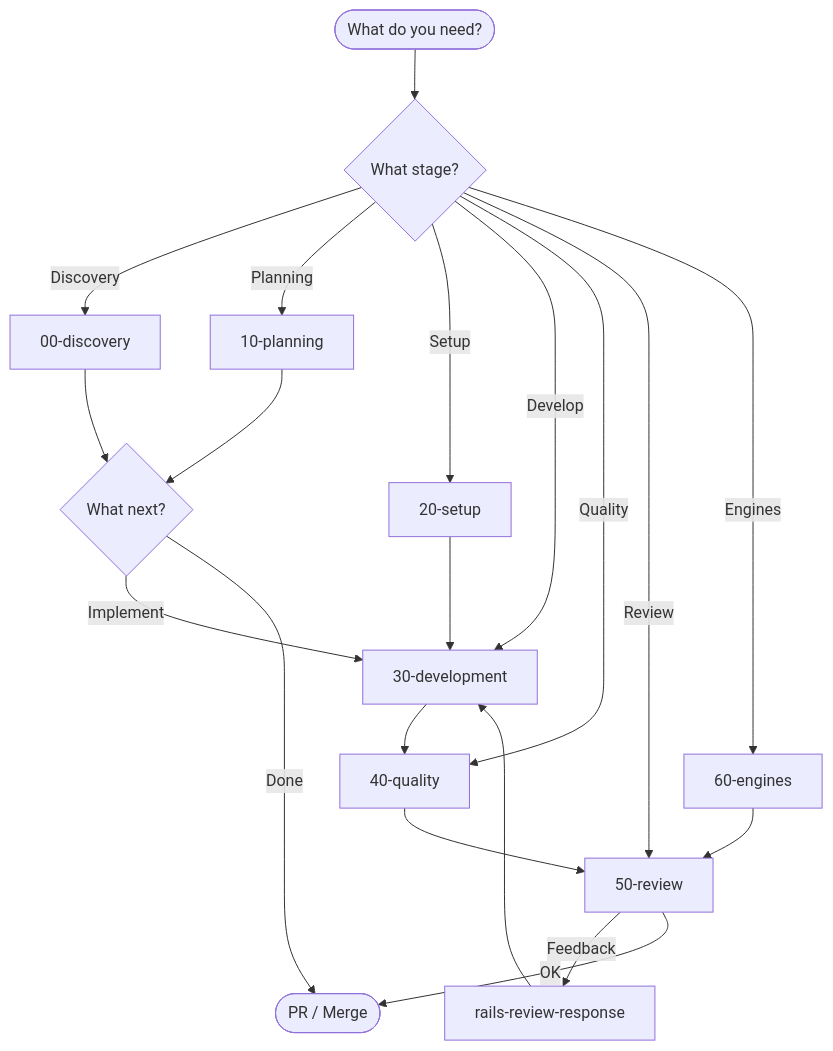
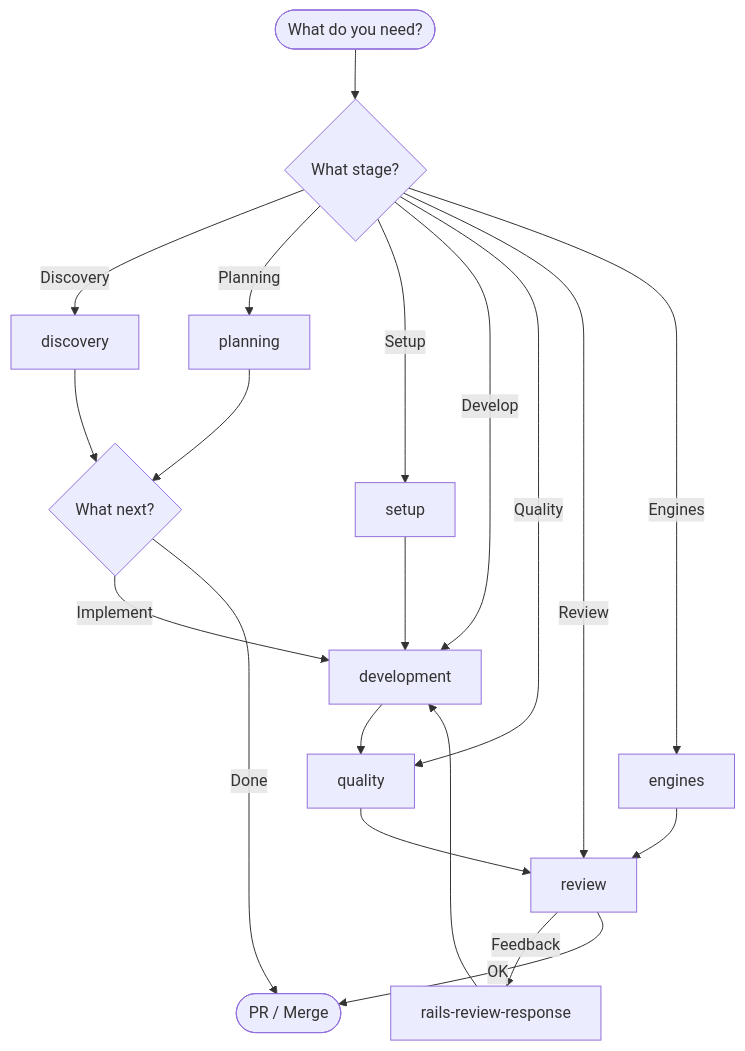
Before and after one commit to igmarin/my-RoR-personal-skills: the diagram in docs/README.md, drawn with Mermaid.

Commit message:
docs: fix mermaid diagram references in docs/README.md
Update workflow node labels from numbered format (00-discovery, etc.)
to new file names without numbers (discovery, planning, etc.)
to match the renamed workflow files.

````diff
--- a/docs/README.md
+++ b/docs/README.md
@@ -53,26 +53,26 @@
 ```mermaid
 flowchart TD
     START([What do you need?]) --> DECISION{What stage?}
 
-    DECISION -->|Discovery| D00[00-discovery]
-    DECISION -->|Planning| D10[10-planning]
-    DECISION -->|Setup| D20[20-setup]
-    DECISION -->|Develop| D30[30-development]
-    DECISION -->|Quality| D40[40-quality]
-    DECISION -->|Review| D50[50-review]
-    DECISION -->|Engines| D60[60-engines]
+    DECISION -->|Discovery| D00[discovery]
+    DECISION -->|Planning| D10[planning]
+    DECISION -->|Setup| D20[setup]
+    DECISION -->|Develop| D30[development]
+    DECISION -->|Quality| D40[quality]
+    DECISION -->|Review| D50[review]
+    DECISION -->|Engines| D60[engines]
 
     D00 --> NEXT
     D10 --> NEXT
     D20 --> D30
     D30 --> D40
     D40 --> D50
     D60 --> D50
 
     NEXT{What next?} -->|Implement| D30
     NEXT -->|Done| END([PR / Merge])
 
     D50 -->|Feedback| RESPOND[rails-review-response]
     RESPOND --> D30
     D50 -->|OK| END
 ```
````
